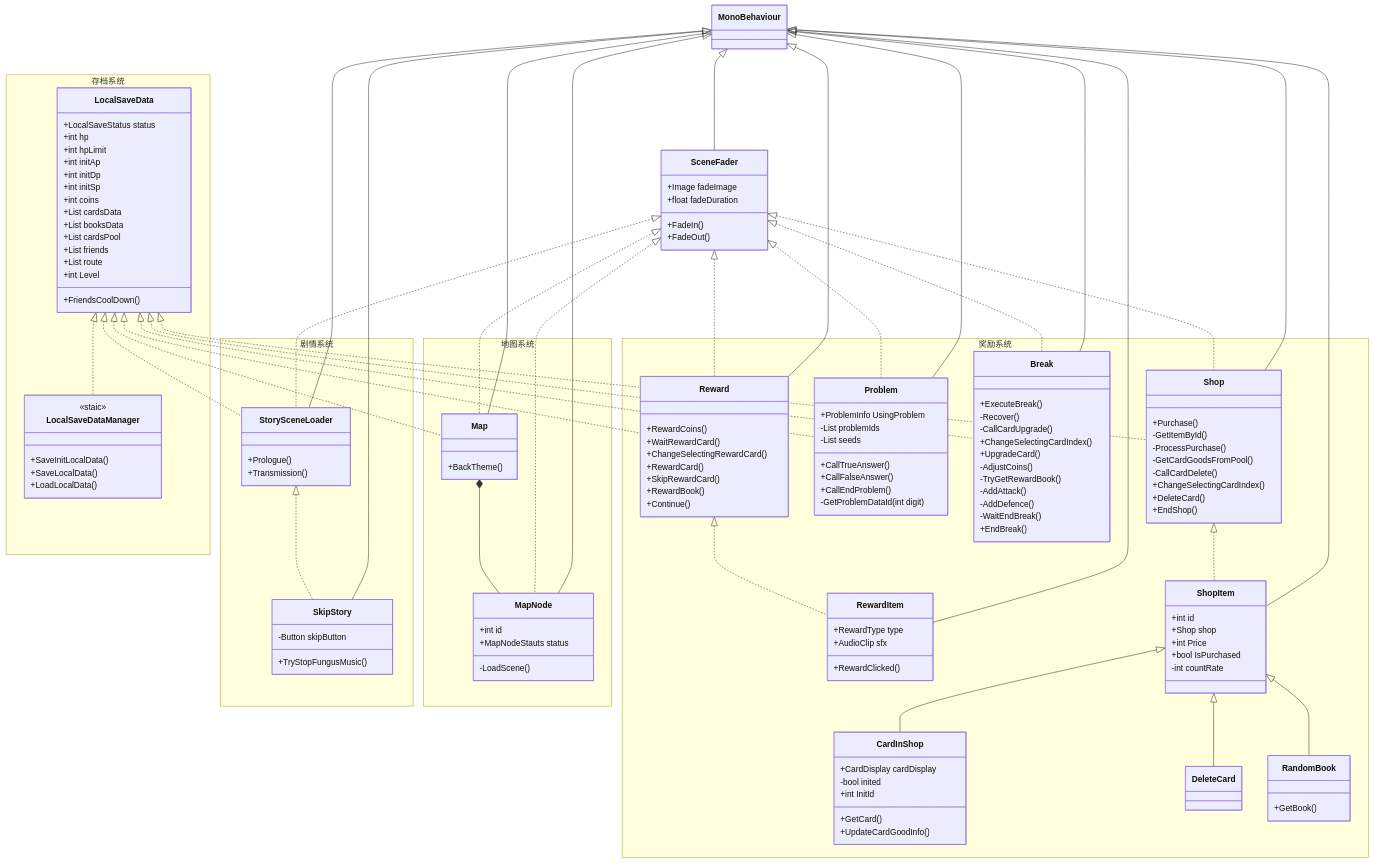
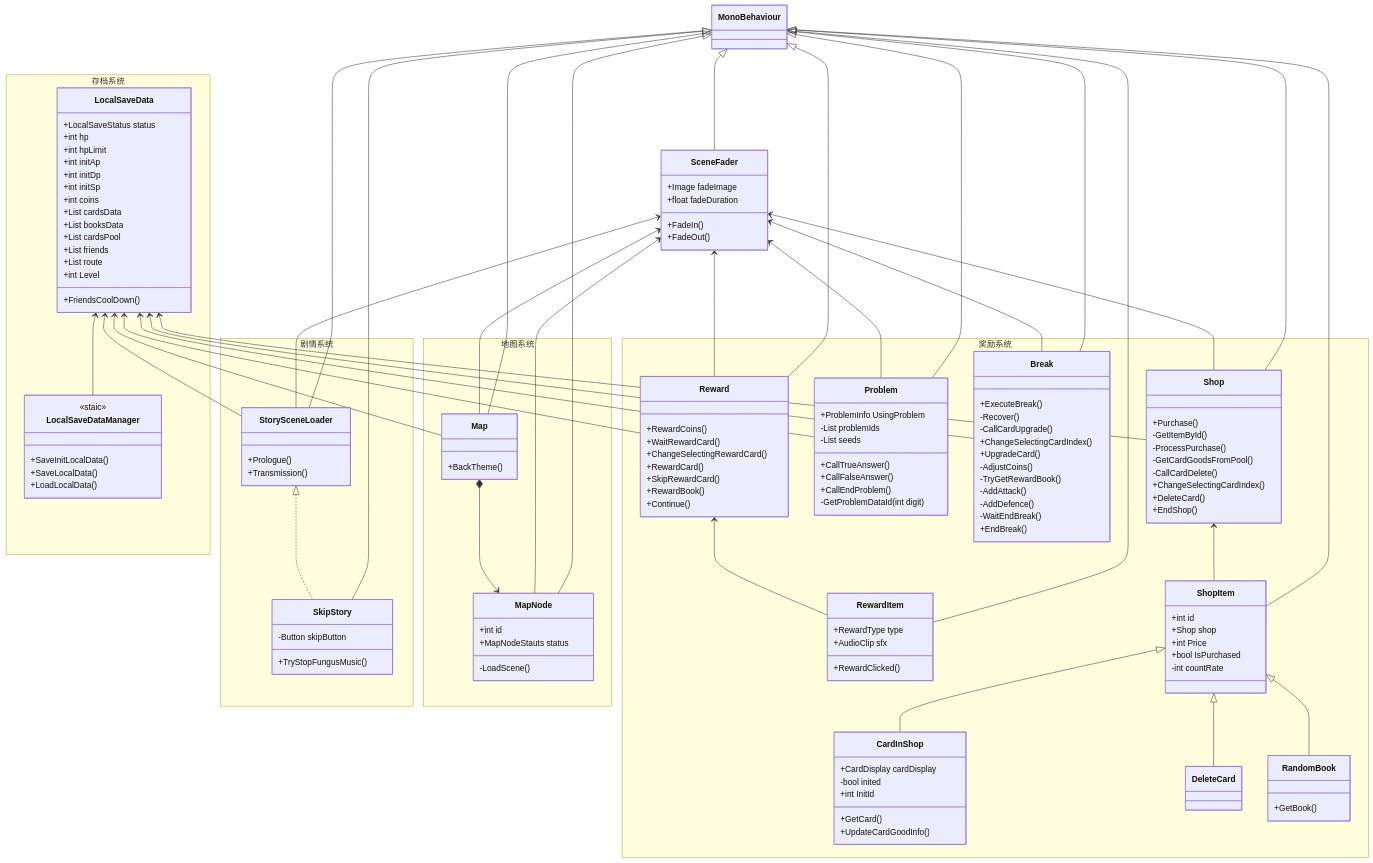
One commit to 738NGX/SE-LOCM changed the first of 3 diagrams in README.md. Above: the diagram before and after it, drawn with Mermaid. The commit also changed other lines of this file and 8 other files, not shown here.

```diff
--- a/README.md
+++ b/README.md
@@ -202,24 +269,24 @@
 MonoBehaviour<|--Break
 MonoBehaviour<|--Shop
 MonoBehaviour<|--ShopItem
-LocalSaveData<|..LocalSaveDataManager
-LocalSaveData<|..Map
-LocalSaveData<|..StorySceneLoader
-LocalSaveData<|..Problem
-LocalSaveData<|..Break
-LocalSaveData<|..Reward
-LocalSaveData<|..Shop
+LocalSaveData<--LocalSaveDataManager
+LocalSaveData<--Map
+LocalSaveData<--StorySceneLoader
+LocalSaveData<--Problem
+LocalSaveData<--Break
+LocalSaveData<--Reward
+LocalSaveData<--Shop
 StorySceneLoader<|..SkipStory
-SceneFader<|..Map
-SceneFader<|..MapNode
-SceneFader<|..StorySceneLoader
-SceneFader<|..Problem
-SceneFader<|..Break
-SceneFader<|..Reward
-SceneFader<|..Shop
-Map*--MapNode
-Reward<|..RewardItem
-Shop<|..ShopItem
+SceneFader<--Map
+SceneFader<--MapNode
+SceneFader<--StorySceneLoader
+SceneFader<--Problem
+SceneFader<--Break
+SceneFader<--Reward
+SceneFader<--Shop
+Map*-->MapNode
+Reward<--RewardItem
+Shop<--ShopItem
 ShopItem<|--CardInShop
 ShopItem<|--DeleteCard
 ShopItem<|--RandomBook
```
